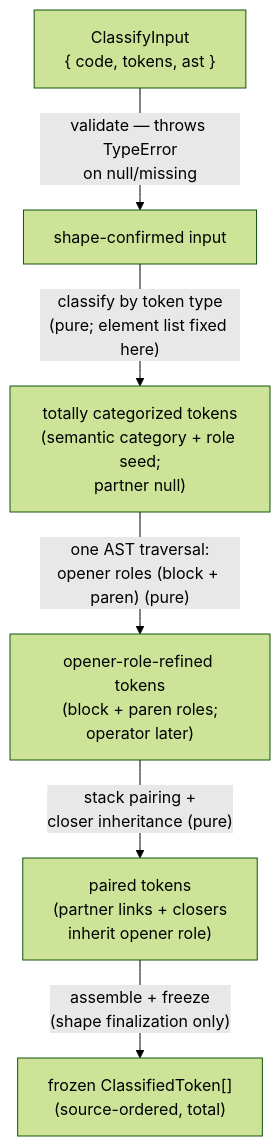
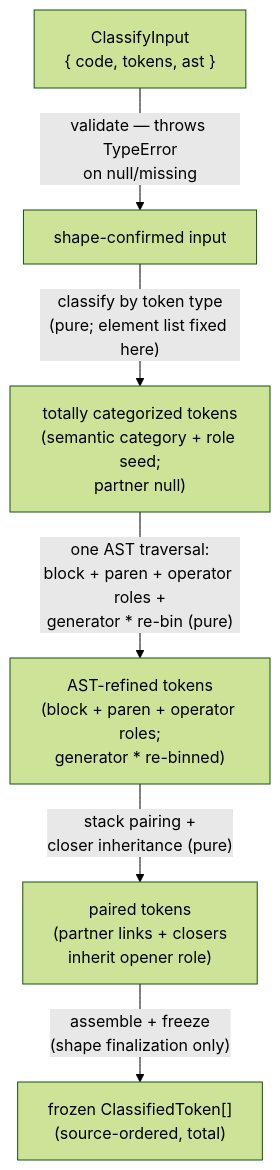
One commit to codeschoolinabox/curricula changed the diagram in src/lib/study-lenses/lib/classifying/DOCS.md. Above: the diagram before and after it, drawn with Mermaid (forest theme). The commit also changed other lines of this file and 2 other files, not shown here.

Commit message:
add: assign operator roles and re-bin generator stars

````diff
--- a/src/lib/study-lenses/lib/classifying/DOCS.md
+++ b/src/lib/study-lenses/lib/classifying/DOCS.md
@@ -86,15 +92,15 @@
 ```mermaid
 flowchart TD
     In["ClassifyInput<br/>{ code, tokens, ast }"]
     Shaped["shape-confirmed input"]
     Seeded["totally categorized tokens<br/>(semantic category + role seed;<br/>partner null)"]
-    Refined["opener-role-refined tokens<br/>(block + paren roles;<br/>operator later)"]
+    Refined["AST-refined tokens<br/>(block + paren + operator roles;<br/>generator * re-binned)"]
     Paired["paired tokens<br/>(partner links + closers<br/>inherit opener role)"]
     Out["frozen ClassifiedToken[]<br/>(source-ordered, total)"]
 
     In -->|"validate — throws TypeError<br/>on null/missing"| Shaped
     Shaped -->|"classify by token type<br/>(pure; element list fixed here)"| Seeded
-    Seeded -->|"one AST traversal:<br/>opener roles (block + paren) (pure)"| Refined
+    Seeded -->|"one AST traversal:<br/>block + paren + operator roles +<br/>generator * re-bin (pure)"| Refined
     Refined -->|"stack pairing +<br/>closer inheritance (pure)"| Paired
     Paired -->|"assemble + freeze<br/>(shape finalization only)"| Out
 ```
````
